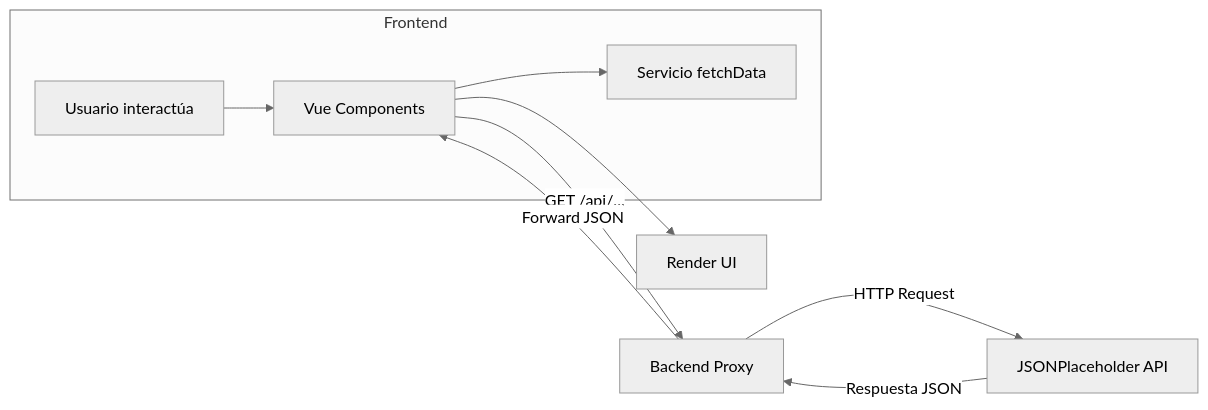
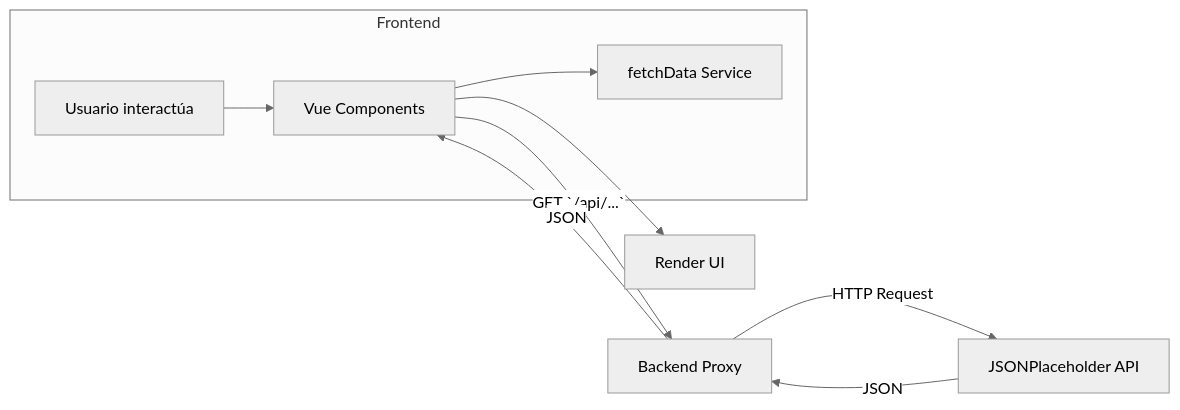
The first of 2 diagrams in README.md (Santiago13dev/proyectofrontend), drawn with Mermaid (neutral theme) before and after one commit. The commit also changed other lines of this file, not shown here.

````diff
--- a/README.md
+++ b/README.md
@@ -64,12 +18,12 @@
 ```mermaid
 flowchart LR
   subgraph Frontend
     A[Usuario interactúa] --> B[Vue Components]
-    B --> C[Servicio fetchData]
+    B --> C[fetchData Service]
   end
-  B -->|GET /api/...| D[Backend Proxy]
+  B -->|GET `/api/...`| D[Backend Proxy]
   D -->|HTTP Request| E[JSONPlaceholder API]
-  E -->|Respuesta JSON| D
-  D -->|Forward JSON| B
+  E -->|JSON| D
+  D -->|JSON| B
   B --> F[Render UI]
 ```
````
